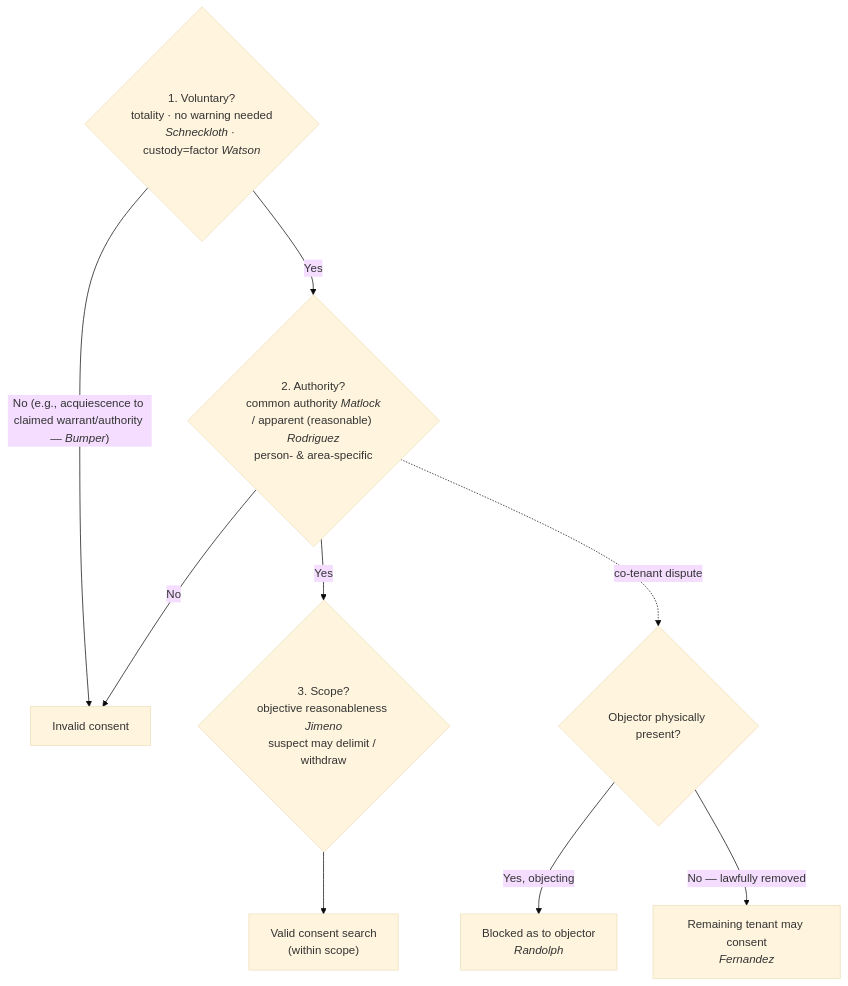
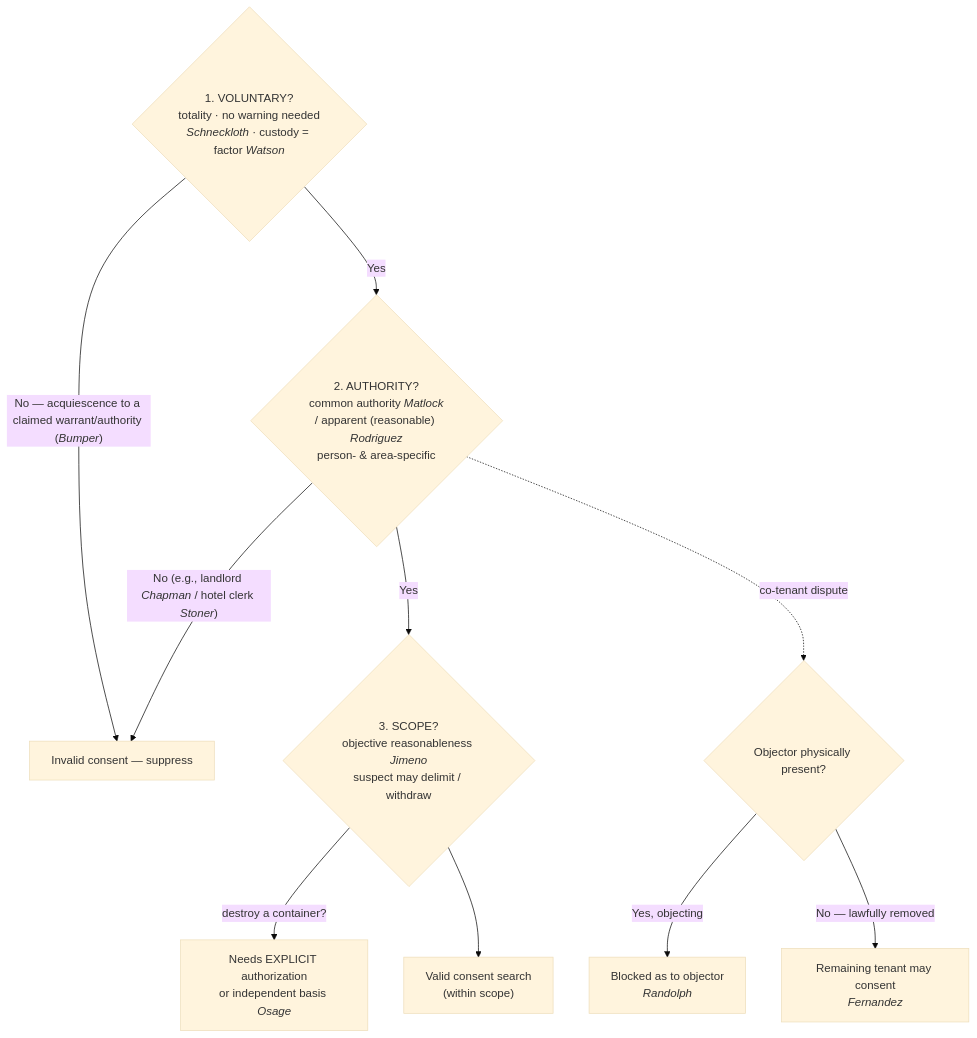
The diagram in content/7-exceptions-warrant/7b-pc-not-needed/Consent Searches.md (Enragedsaturday/cssi), drawn with Mermaid (base theme) before and after one commit. The commit also changed other lines of this file and 5 other files, not shown here.

````diff
--- a/content/7-exceptions-warrant/7b-pc-not-needed/Consent Searches.md
+++ b/content/7-exceptions-warrant/7b-pc-not-needed/Consent Searches.md
@@ -66,12 +89,13 @@
 ```mermaid
 flowchart TD
-  V{"1. Voluntary?<br/>totality · no warning needed<br/><i>Schneckloth</i> · custody=factor <i>Watson</i>"}
-  V -->|"No (e.g., acquiescence to claimed warrant/authority — <i>Bumper</i>)"| X["Invalid consent"]
-  V -->|Yes| A{"2. Authority?<br/>common authority <i>Matlock</i><br/>/ apparent (reasonable) <i>Rodriguez</i><br/>person- & area-specific"}
-  A -->|No| X
-  A -->|Yes| S{"3. Scope?<br/>objective reasonableness <i>Jimeno</i><br/>suspect may delimit / withdraw"}
+  V{"1. VOLUNTARY?<br/>totality · no warning needed<br/><i>Schneckloth</i> · custody = factor <i>Watson</i>"}
+  V -->|"No — acquiescence to a claimed warrant/authority (<i>Bumper</i>)"| X["Invalid consent — suppress"]
+  V -->|Yes| A{"2. AUTHORITY?<br/>common authority <i>Matlock</i><br/>/ apparent (reasonable) <i>Rodriguez</i><br/>person- &amp; area-specific"}
+  A -->|"No (e.g., landlord <i>Chapman</i> / hotel clerk <i>Stoner</i>)"| X
+  A -->|Yes| S{"3. SCOPE?<br/>objective reasonableness <i>Jimeno</i><br/>suspect may delimit / withdraw"}
+  S -->|"destroy a container?"| D["Needs EXPLICIT authorization<br/>or independent basis <i>Osage</i>"]
   S --> OK["Valid consent search<br/>(within scope)"]
   A -.->|co-tenant dispute| C{"Objector physically present?"}
   C -->|"Yes, objecting"| BLK["Blocked as to objector<br/><i>Randolph</i>"]
   C -->|"No — lawfully removed"| OK2["Remaining tenant may consent<br/><i>Fernandez</i>"]
 ```
````
